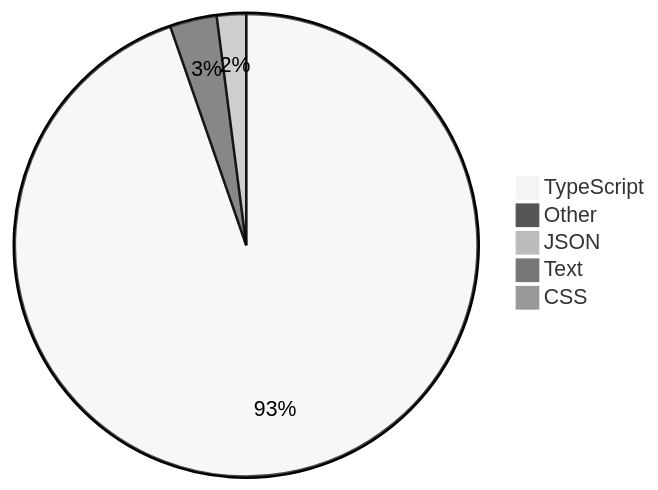
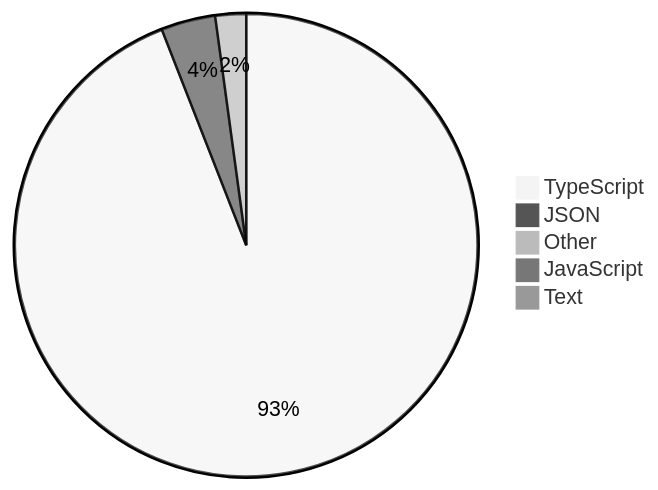
One commit to skvggor/skvggor changed the diagram in README.md. Above: the diagram before and after it, drawn with Mermaid (neutral theme).

Commit message:
Updated waka-readme graph with new metrics

````diff
--- a/README.md
+++ b/README.md
@@ -16,8 +16,8 @@
 ```mermaid
 pie
-    "TypeScript" : 92.6
-    "Other" : 3.2
-    "JSON" : 2.0
-    "Text" : 0.7
-    "CSS" : 0.6
+    "TypeScript" : 91.9
+    "JSON" : 3.7
+    "Other" : 2.1
+    "JavaScript" : 0.6
+    "Text" : 0.6
 ```
````
